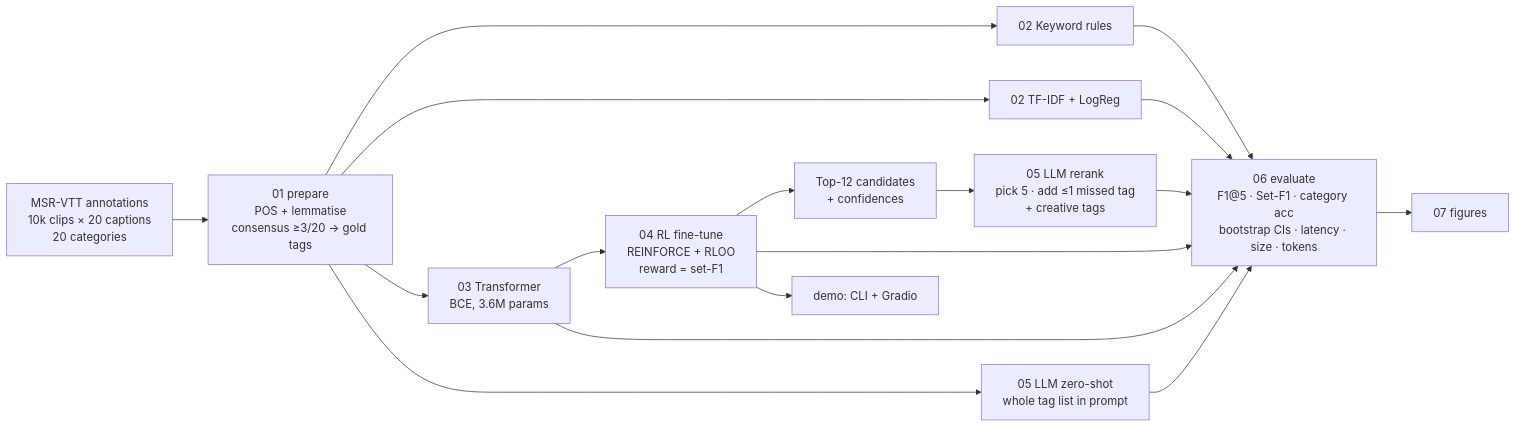
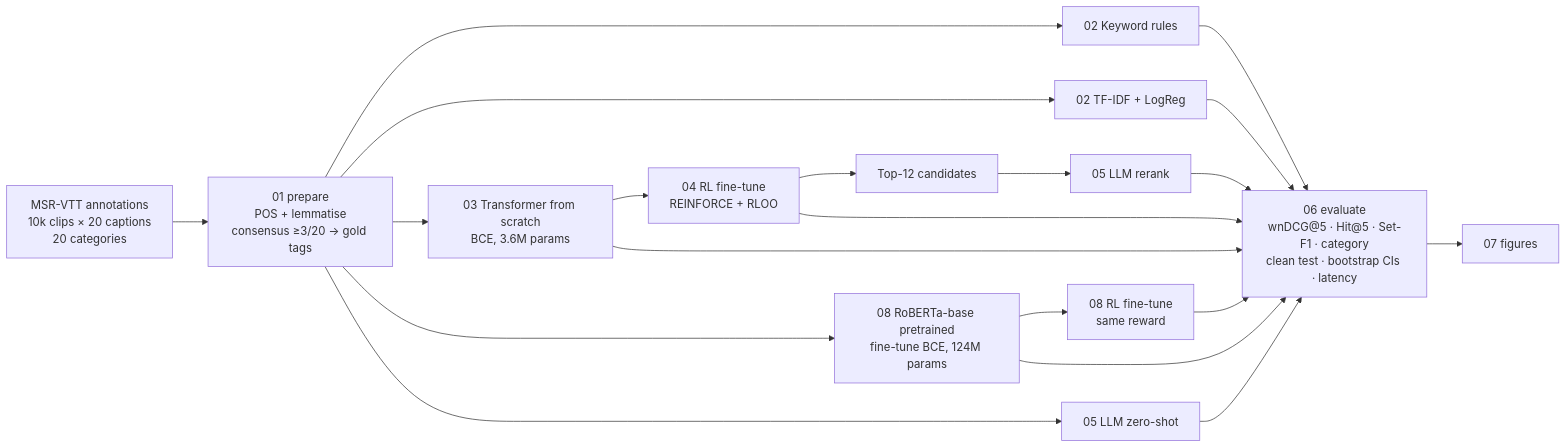
The diagram in README.md (phongvo2006-dev/video_hashtag_llm_Phase-1), drawn with Mermaid before and after one commit. The commit also changed other lines of this file and 24 other files, not shown here.

Commit message:
Add fine-tuned RoBERTa-base (+RL), leakage audit, wnDCG@5 metric suite, resumable training

````diff
--- a/README.md
+++ b/README.md
@@ -73,14 +76,15 @@
 ```mermaid
 flowchart LR
     A[MSR-VTT annotations<br/>10k clips × 20 captions<br/>20 categories] --> B[01 prepare<br/>POS + lemmatise<br/>consensus ≥3/20 → gold tags]
     B --> C0[02 Keyword rules]
     B --> C1[02 TF-IDF + LogReg]
-    B --> C2[03 Transformer<br/>BCE, 3.6M params]
-    C2 --> D[04 RL fine-tune<br/>REINFORCE + RLOO<br/>reward = set-F1]
-    D --> E[Top-12 candidates<br/>+ confidences]
-    E --> F[05 LLM rerank<br/>pick 5 · add ≤1 missed tag<br/>+ creative tags]
-    B --> G[05 LLM zero-shot<br/>whole tag list in prompt]
-    C0 & C1 & C2 & D & F & G --> H[06 evaluate<br/>F1@5 · Set-F1 · category acc<br/>bootstrap CIs · latency · size · tokens]
+    B --> C2[03 Transformer from scratch<br/>BCE, 3.6M params]
+    C2 --> D[04 RL fine-tune<br/>REINFORCE + RLOO]
+    B --> R1[08 RoBERTa-base pretrained<br/>fine-tune BCE, 124M params]
+    R1 --> R2[08 RL fine-tune<br/>same reward]
+    D --> E[Top-12 candidates]
+    E --> F[05 LLM rerank]
+    B --> G[05 LLM zero-shot]
+    C0 & C1 & C2 & D & R1 & R2 & F & G --> H[06 evaluate<br/>wnDCG@5 · Hit@5 · Set-F1 · category<br/>clean test · bootstrap CIs · latency]
     H --> I[07 figures]
-    D --> J[demo: CLI + Gradio]
 ```
````
